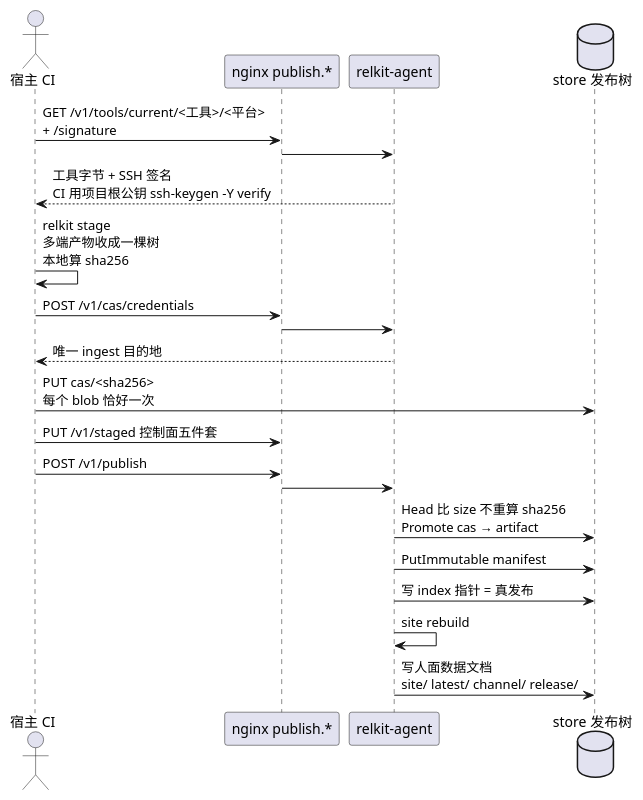
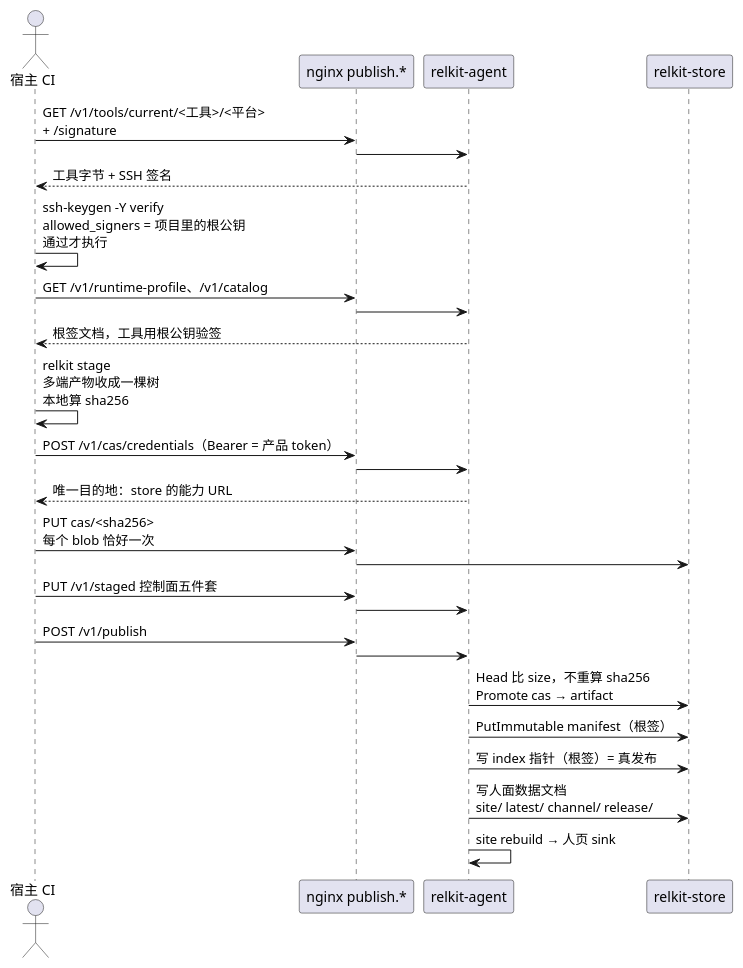
The second of 5 diagrams in docs/design/topology.md (shichao402/relkit), drawn with PlantUML before and after one commit. The commit also changed other lines of this file and 12 other files, not shown here.

````diff
--- a/docs/design/topology.md
+++ b/docs/design/topology.md
@@ -97,28 +108,34 @@
 ```plantuml
 @startuml
 skinparam shadowing false
 
 actor "宿主 CI" as ci
 participant "nginx publish.*" as ngx
 participant "relkit-agent" as agent
-database "store 发布树" as tree
+participant "relkit-store" as store
 
 ci -> ngx : GET /v1/tools/current/<工具>/<平台>\n+ /signature
 ngx -> agent
-agent --> ci : 工具字节 + SSH 签名\nCI 用项目根公钥 ssh-keygen -Y verify
+agent --> ci : 工具字节 + SSH 签名
+ci -> ci : ssh-keygen -Y verify\nallowed_signers = 项目里的根公钥\n通过才执行
+ci -> ngx : GET /v1/runtime-profile、/v1/catalog
+ngx -> agent
+agent --> ci : 根签文档，工具用根公钥验签
 
 ci -> ci : relkit stage\n多端产物收成一棵树\n本地算 sha256
-ci -> ngx : POST /v1/cas/credentials
+ci -> ngx : POST /v1/cas/credentials（Bearer = 产品 token）
 ngx -> agent
-agent --> ci : 唯一 ingest 目的地
-ci -> tree : PUT cas/<sha256>\n每个 blob 恰好一次
+agent --> ci : 唯一目的地：store 的能力 URL
+ci -> ngx : PUT cas/<sha256>\n每个 blob 恰好一次
+ngx -> store
 ci -> ngx : PUT /v1/staged 控制面五件套
+ngx -> agent
 ci -> ngx : POST /v1/publish
 ngx -> agent
-agent -> tree : Head 比 size 不重算 sha256\nPromote cas → artifact
-agent -> tree : PutImmutable manifest
-agent -> tree : 写 index 指针 = 真发布
-agent -> agent : site rebuild
-agent -> tree : 写人面数据文档\nsite/ latest/ channel/ release/
+agent -> store : Head 比 size，不重算 sha256\nPromote cas → artifact
+agent -> store : PutImmutable manifest（根签）
+agent -> store : 写 index 指针（根签）= 真发布
+agent -> store : 写人面数据文档\nsite/ latest/ channel/ release/
+agent -> agent : site rebuild → 人页 sink
 @enduml
 ```
````
